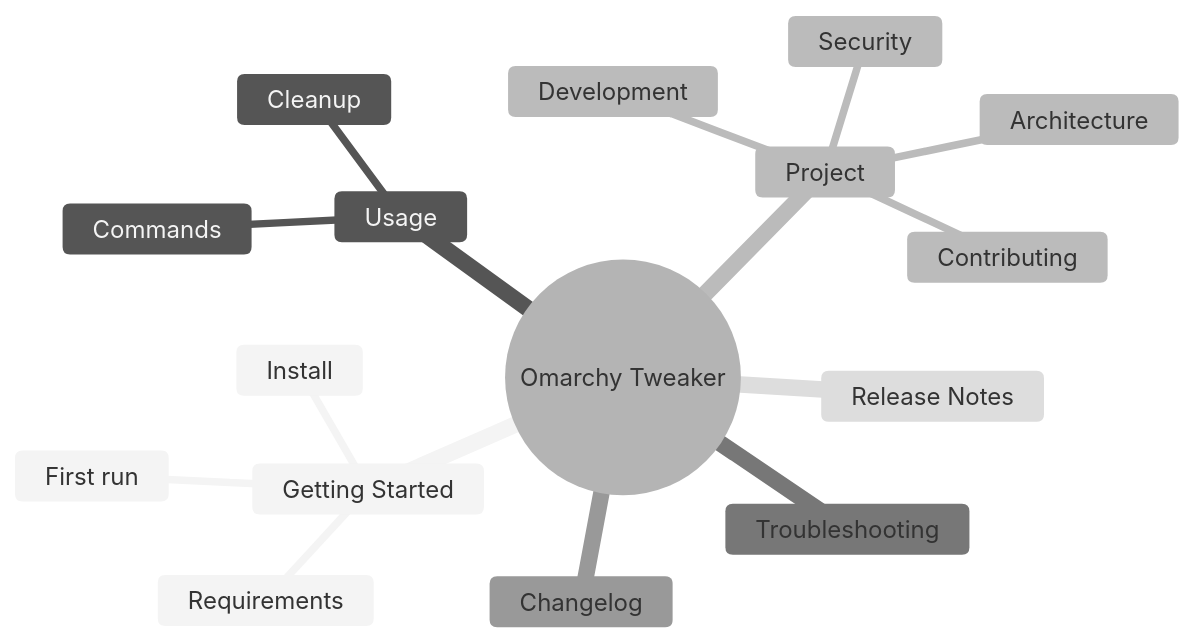
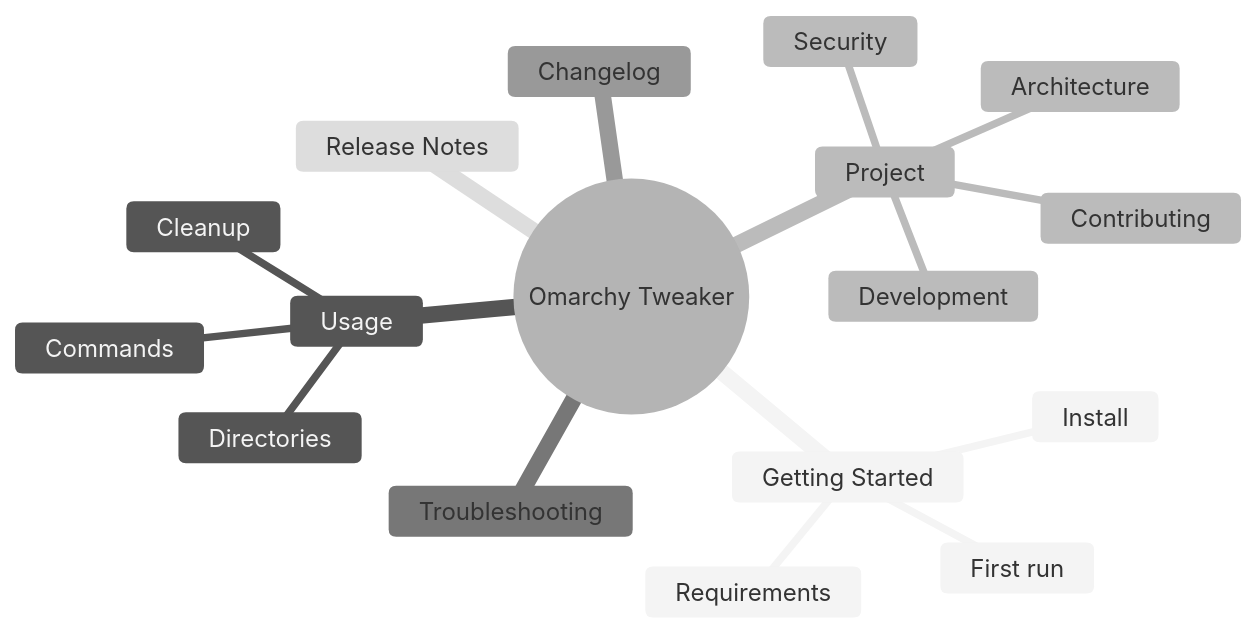
One commit to Armoghans-Organization/Omarchy-Tweaker changed the third of 3 diagrams in docs/index.md. Above: the diagram before and after it, drawn with Mermaid (neutral theme). The commit also changed other lines of this file and 16 other files, not shown here.

````diff
--- a/docs/index.md
+++ b/docs/index.md
@@ -200,19 +210,20 @@
 ```mermaid
 mindmap
   root((Omarchy Tweaker))
     Getting Started
       Requirements
       Install
       First run
     Usage
       Commands
       Cleanup
+      Directories
     Project
       Architecture
       Development
       Contributing
       Security
     Troubleshooting
     Changelog
     Release Notes
 ```
````
